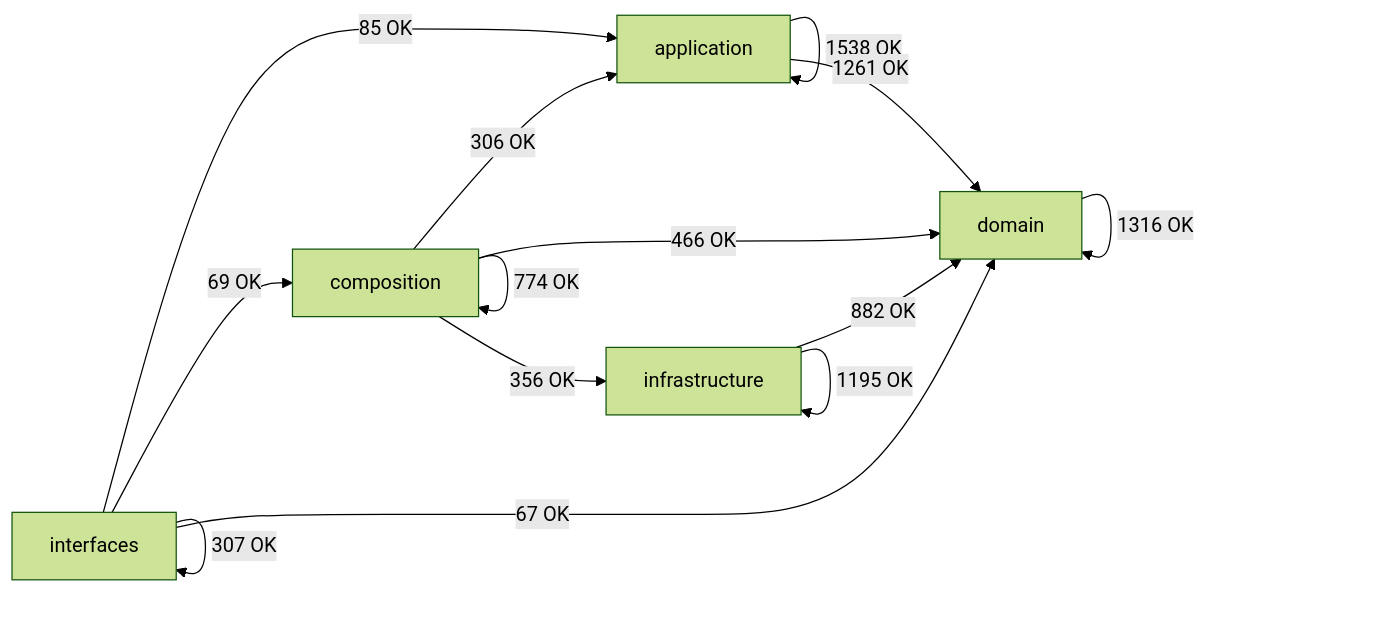
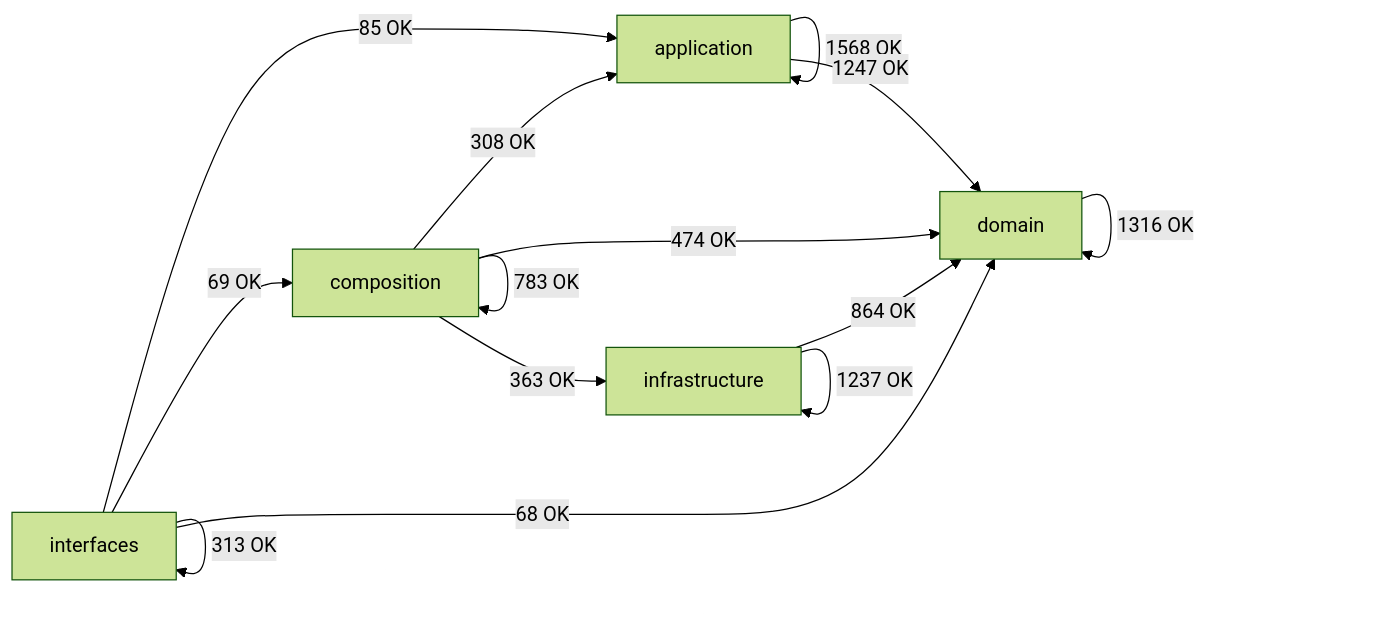
Before and after one commit to SatoryKono/BioactivityDataAcquisition: the diagram in docs/02-architecture/generated/module-dependency-map.md, drawn with Mermaid (forest theme). The commit also changed other lines of this file and 84 other files, not shown here.

````diff
--- a/docs/02-architecture/generated/module-dependency-map.md
+++ b/docs/02-architecture/generated/module-dependency-map.md
@@ -17,21 +17,21 @@
 ```mermaid
 flowchart LR
     domain[domain]
     application[application]
     infrastructure[infrastructure]
     composition[composition]
     interfaces[interfaces]
-    application -->|1538 OK| application
-    application -->|1261 OK| domain
-    composition -->|306 OK| application
-    composition -->|774 OK| composition
-    composition -->|466 OK| domain
-    composition -->|356 OK| infrastructure
+    application -->|1568 OK| application
+    application -->|1247 OK| domain
+    composition -->|308 OK| application
+    composition -->|783 OK| composition
+    composition -->|474 OK| domain
+    composition -->|363 OK| infrastructure
     domain -->|1316 OK| domain
-    infrastructure -->|882 OK| domain
-    infrastructure -->|1195 OK| infrastructure
+    infrastructure -->|864 OK| domain
+    infrastructure -->|1237 OK| infrastructure
     interfaces -->|85 OK| application
     interfaces -->|69 OK| composition
-    interfaces -->|67 OK| domain
-    interfaces -->|307 OK| interfaces
+    interfaces -->|68 OK| domain
+    interfaces -->|313 OK| interfaces
 ```
````
